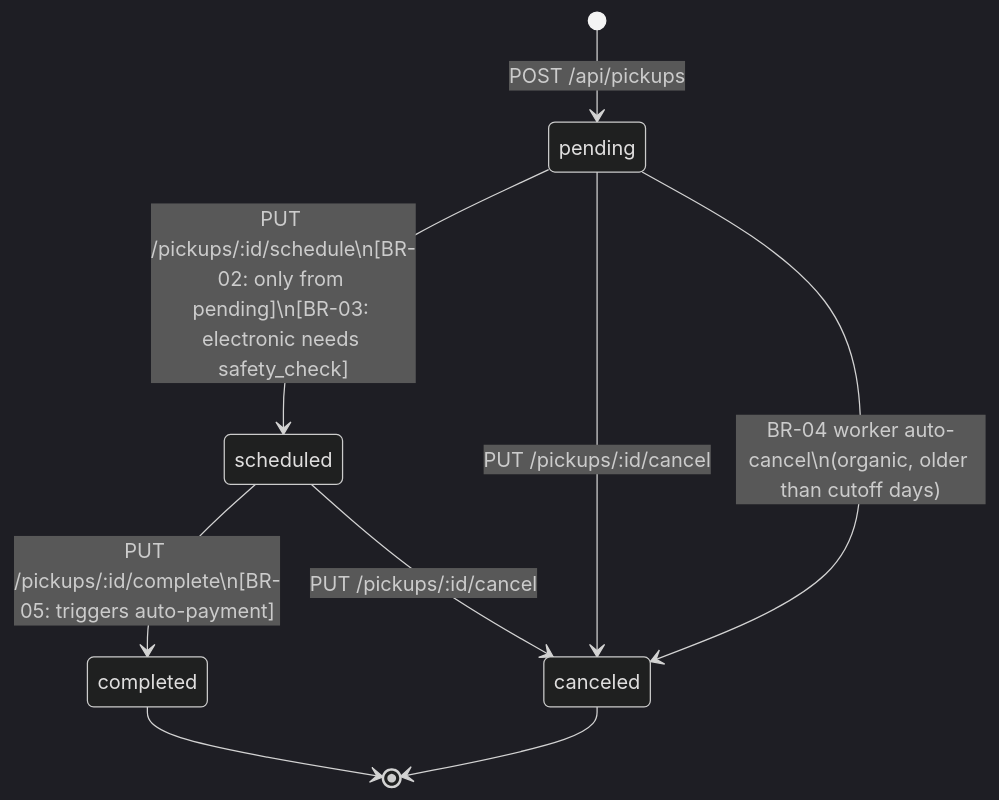
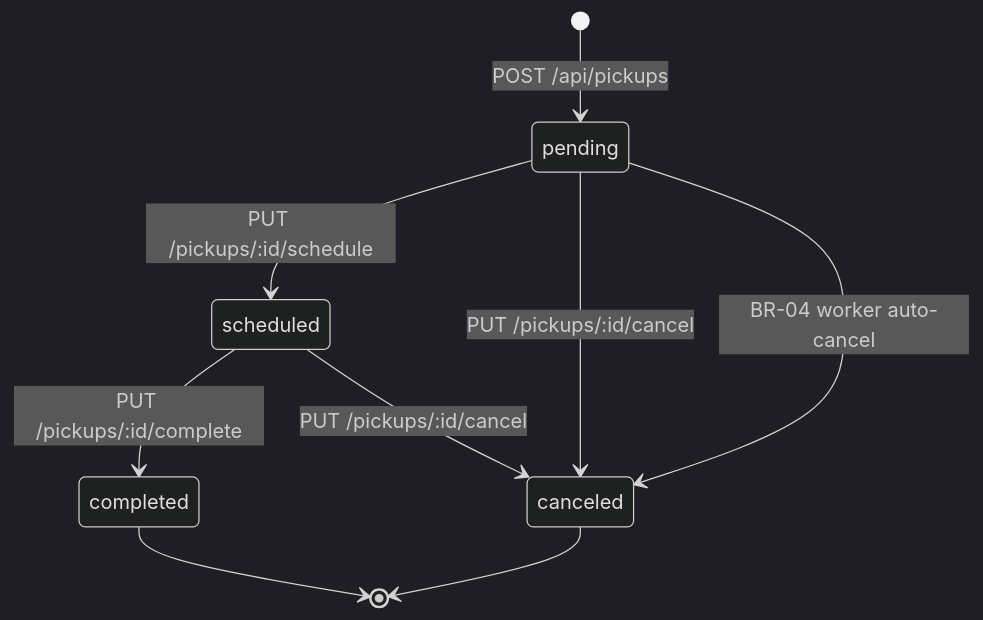
The first of 6 diagrams in docs/business-processes.md (fairyhunter13/community-waste-collection-system), drawn with Mermaid (dark theme) before and after one commit. The commit also changed other lines of this file and 4 other files, not shown here.

First line of the commit message:
fix(docs): repair mermaid diagrams for GitHub compatibility

````diff
--- a/docs/business-processes.md
+++ b/docs/business-processes.md
@@ -13,11 +13,11 @@
 ```mermaid
 stateDiagram-v2
     [*] --> pending : POST /api/pickups
-    pending --> scheduled : PUT /pickups/:id/schedule\n[BR-02: only from pending]\n[BR-03: electronic needs safety_check]
+    pending --> scheduled : PUT /pickups/:id/schedule
     pending --> canceled : PUT /pickups/:id/cancel
-    pending --> canceled : BR-04 worker auto-cancel\n(organic, older than cutoff days)
-    scheduled --> completed : PUT /pickups/:id/complete\n[BR-05: triggers auto-payment]
+    pending --> canceled : BR-04 worker auto-cancel
+    scheduled --> completed : PUT /pickups/:id/complete
     scheduled --> canceled : PUT /pickups/:id/cancel
     completed --> [*]
     canceled --> [*]
 ```
````
